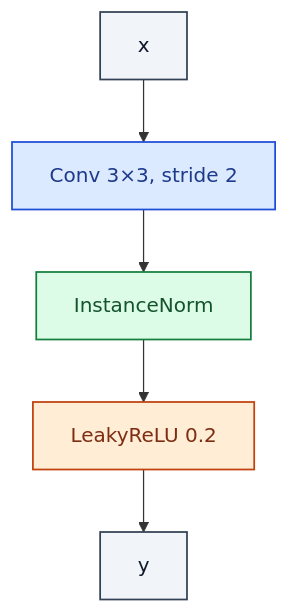
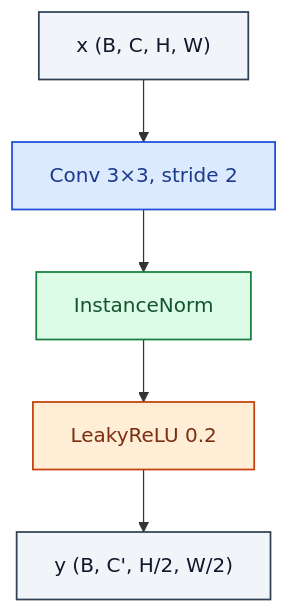
Before and after one commit to RealityShifts/Srivastava-book-of-Blocks-diagrams: the diagram in gan/DiscriminatorBlock.md, drawn with Mermaid. The commit also changed 123 other files, not shown here.

````diff
--- a/gan/DiscriminatorBlock.md
+++ b/gan/DiscriminatorBlock.md
@@ -7,21 +7,22 @@
 ```mermaid
 flowchart TD
-    n0_0["x"]:::io
+    n0_0["x  (B, C, H, W)"]:::io
     n1_0["Conv 3×3, stride 2"]:::op
     n2_0["InstanceNorm"]:::norm
     n3_0["LeakyReLU 0.2"]:::act
-    n4_0["y"]:::io
+    n4_0["y  (B, C', H/2, W/2)"]:::io
     n0_0 --> n1_0
     n1_0 --> n2_0
     n2_0 --> n3_0
     n3_0 --> n4_0
     classDef io fill:#f1f5f9,stroke:#334155,stroke-width:1.4px,color:#0f172a
     classDef op fill:#dbeafe,stroke:#1d4ed8,stroke-width:1.4px,color:#1e3a8a
     classDef norm fill:#dcfce7,stroke:#15803d,stroke-width:1.4px,color:#14532d
     classDef act fill:#ffedd5,stroke:#c2410c,stroke-width:1.4px,color:#7c2d12
     classDef attn fill:#ede9fe,stroke:#6d28d9,stroke-width:1.4px,color:#4c1d95
     classDef merge fill:#fef3c7,stroke:#b45309,stroke-width:1.4px,color:#78350f
     classDef emb fill:#fef9c3,stroke:#a16207,stroke-width:1.4px,color:#713f12
     classDef loss fill:#fee2e2,stroke:#b91c1c,stroke-width:1.4px,color:#7f1d1d
     classDef ctrl fill:#f5f5f4,stroke:#52525b,stroke-width:1.4px,color:#27272a
+    classDef ref fill:#e0f2fe,stroke:#0369a1,stroke-width:2px,color:#0c4a6e,stroke-dasharray: 4 2
 ```
````
